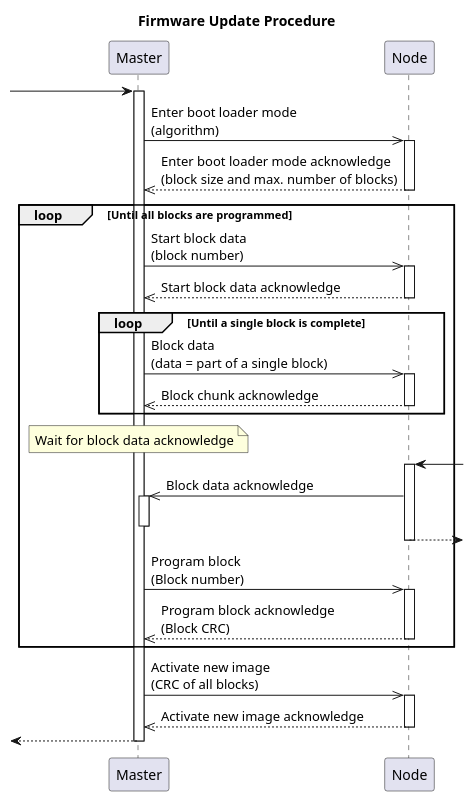
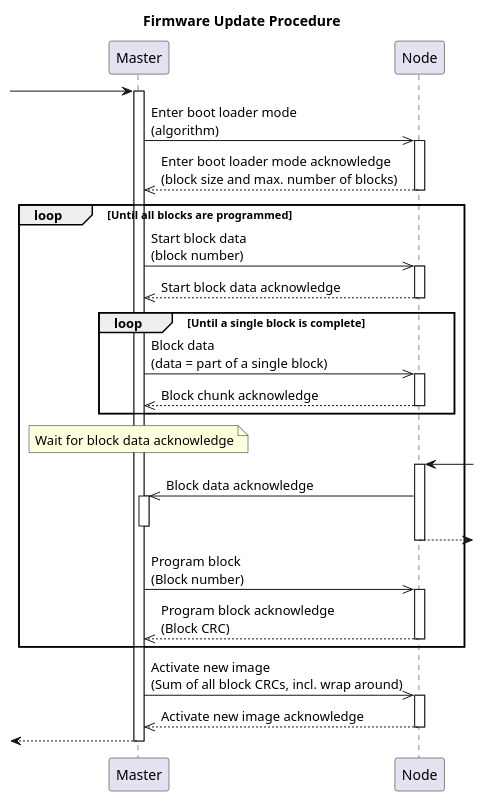
The diagram in doc/vscp_std_bootloader_algorithm.plantuml (BlueAndi/vscp-bootloader), drawn with PlantUML before and after one commit. The commit also changed 5 other files, not shown here.

```diff
--- a/doc/vscp_std_bootloader_algorithm.plantuml
+++ b/doc/vscp_std_bootloader_algorithm.plantuml
@@ -1,41 +1,41 @@
 @startuml vscp_std_bootloader_algorithm
 
 title "Firmware Update Procedure"
 
 participant Master as master
 participant Node as node
 
 autoactivate on
 
 -> master
 
 master ->> node: Enter boot loader mode\n(algorithm)
 master <<-- node: Enter boot loader mode acknowledge\n(block size and max. number of blocks)
 
 loop Until all blocks are programmed
     master ->> node: Start block data\n(block number)
     master <<-- node: Start block data acknowledge
     
     loop Until a single block is complete
         master ->> node: Block data\n(data = part of a single block)
         master <<-- node: Block chunk acknowledge
     end
     
     note over master
         Wait for block data acknowledge
     end note
 
     node <-
     master <<- node: Block data acknowledge
     deactivate master
     node -->
     master ->> node: Program block\n(Block number)
     master <<-- node: Program block acknowledge\n(Block CRC)
 end loop
 
-master ->> node: Activate new image\n(CRC of all blocks)
+master ->> node: Activate new image\n(Sum of all block CRCs, incl. wrap around)
 master <<-- node: Activate new image acknowledge
 
 <-- master
 
 @enduml
```
